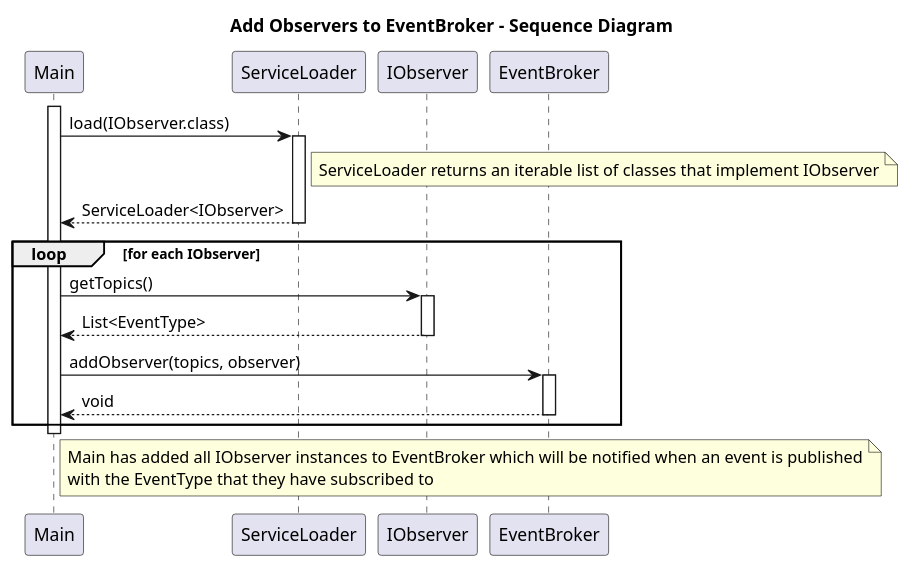
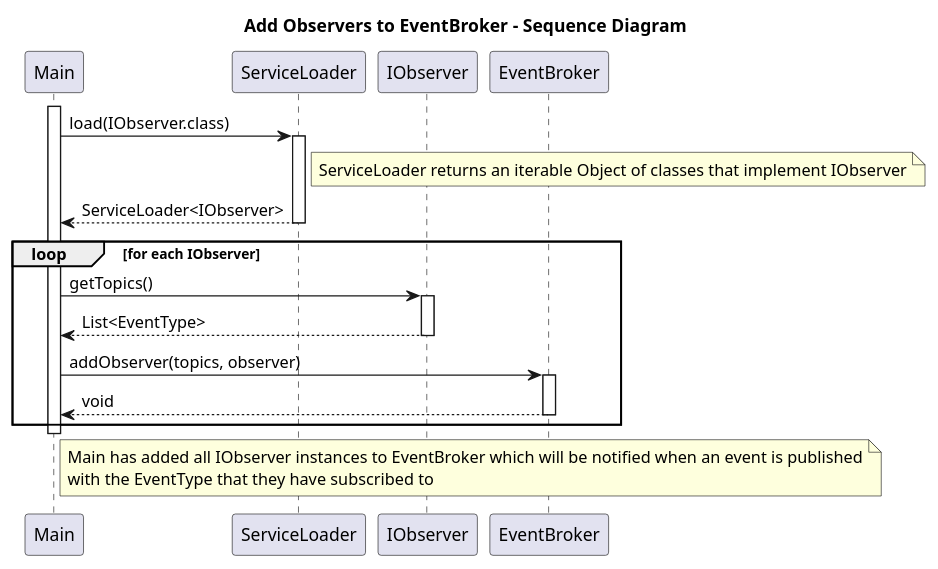
The diagram in diagrams/sequence add observers.puml (jlars22/AsteroidsFX), drawn with PlantUML before and after one commit. The commit also changed 2 other files, not shown here.

Commit message:
improve diagrams

```diff
--- a/diagrams/sequence add observers.puml
+++ b/diagrams/sequence add observers.puml
@@ -1,27 +1,27 @@
 @startuml
 title Add Observers to EventBroker - Sequence Diagram
 
 participant Main
 participant ServiceLoader
 participant IObserver
 participant EventBroker
 
 activate Main
 Main -> ServiceLoader: load(IObserver.class)
 activate ServiceLoader
-note right of ServiceLoader: ServiceLoader returns an iterable list of classes that implement IObserver
+note right of ServiceLoader: ServiceLoader returns an iterable Object of classes that implement IObserver
 ServiceLoader --> Main: ServiceLoader<IObserver>
 deactivate ServiceLoader
 loop for each IObserver
     Main -> IObserver: getTopics()
     activate IObserver
     IObserver --> Main: List<EventType>
     deactivate IObserver
     Main -> EventBroker: addObserver(topics, observer)
     activate EventBroker
     EventBroker --> Main: void
     deactivate EventBroker
 end
 deactivate Main
 note right of Main: Main has added all IObserver instances to EventBroker which will be notified when an event is published\nwith the EventType that they have subscribed to
 @enduml
```
